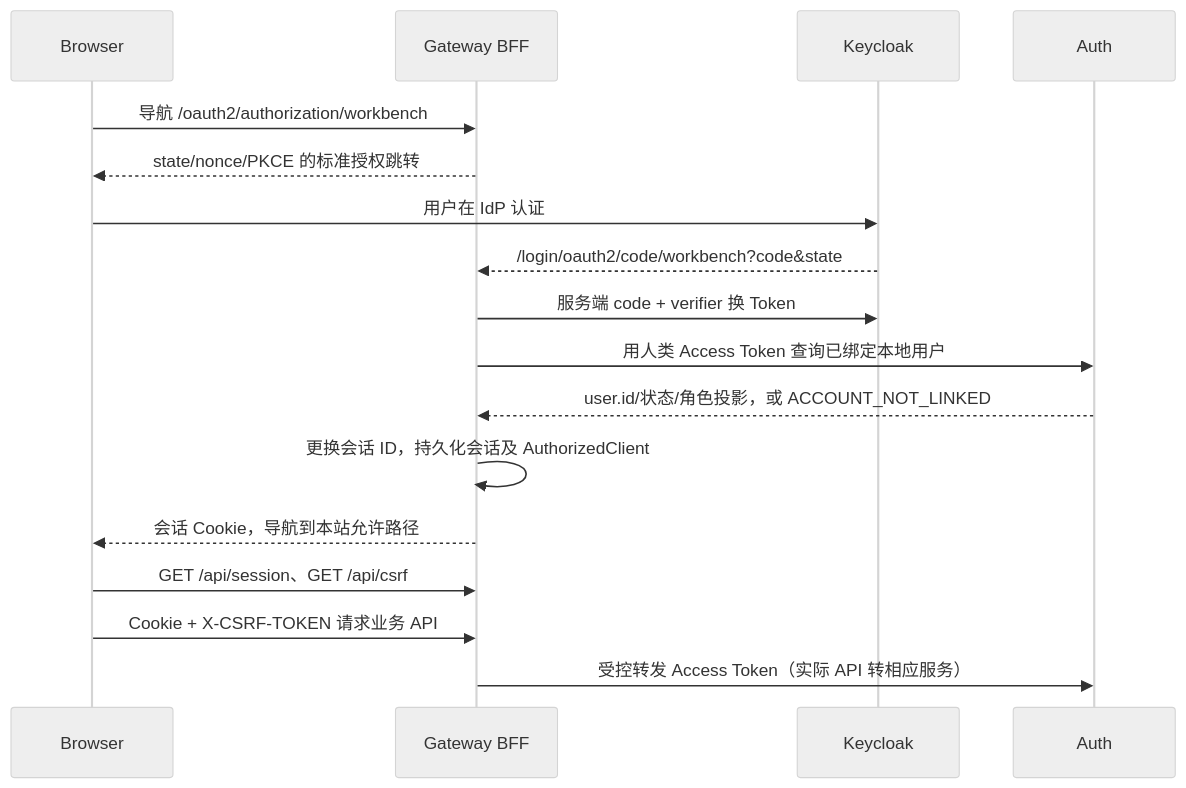
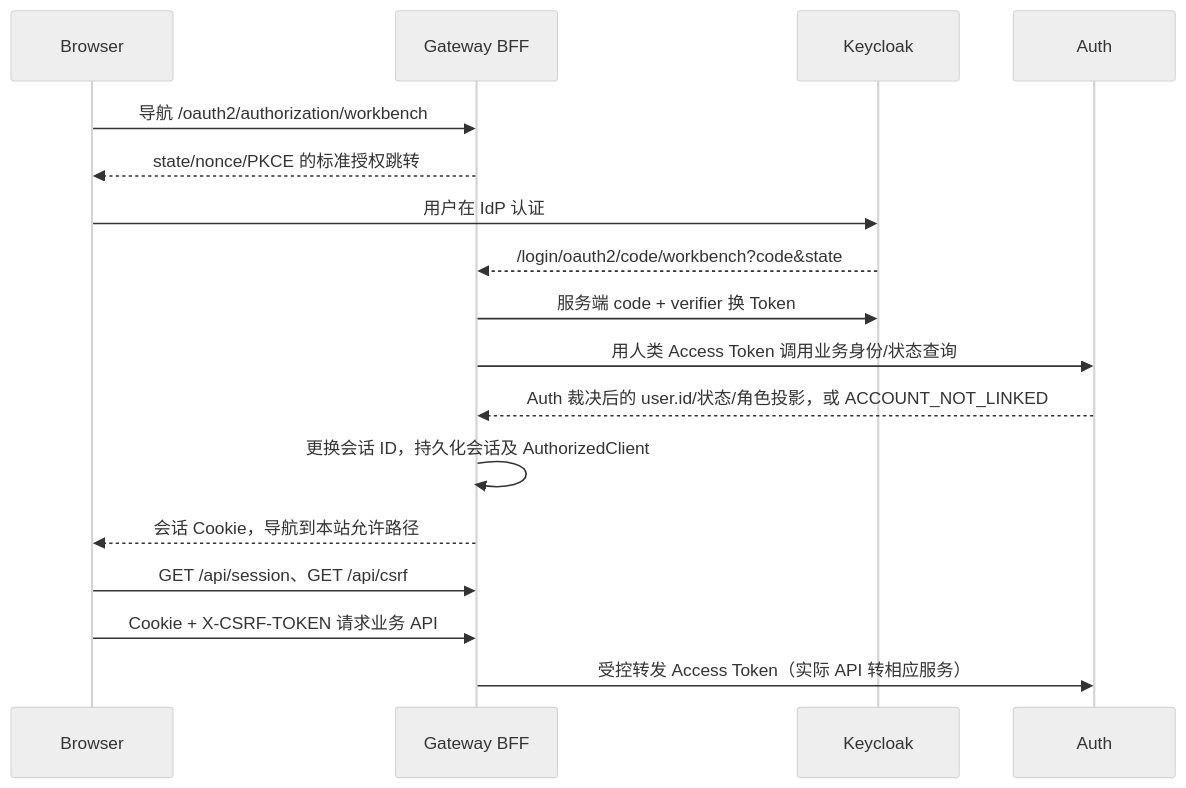
The second of 2 diagrams in docs/designs/v0.3.0-identity-security-design.md (xiaowu0203/Agent-Doc-Workbench), drawn with Mermaid (neutral theme) before and after one commit. The commit also changed other lines of this file and 90 other files, not shown here.

````diff
--- a/docs/designs/v0.3.0-identity-security-design.md
+++ b/docs/designs/v0.3.0-identity-security-design.md
@@ -117,19 +139,19 @@
 ```mermaid
 sequenceDiagram
     participant B as Browser
     participant G as Gateway BFF
     participant K as Keycloak
     participant A as Auth
     B->>G: 导航 /oauth2/authorization/workbench
     G-->>B: state/nonce/PKCE 的标准授权跳转
     B->>K: 用户在 IdP 认证
     K-->>G: /login/oauth2/code/workbench?code&state
     G->>K: 服务端 code + verifier 换 Token
-    G->>A: 用人类 Access Token 查询已绑定本地用户
-    A-->>G: user.id/状态/角色投影，或 ACCOUNT_NOT_LINKED
+    G->>A: 用人类 Access Token 调用业务身份/状态查询
+    A-->>G: Auth 裁决后的 user.id/状态/角色投影，或 ACCOUNT_NOT_LINKED
     G->>G: 更换会话 ID，持久化会话及 AuthorizedClient
     G-->>B: 会话 Cookie，导航到本站允许路径
     B->>G: GET /api/session、GET /api/csrf
     B->>G: Cookie + X-CSRF-TOKEN 请求业务 API
     G->>A: 受控转发 Access Token（实际 API 转相应服务）
 ```
````
